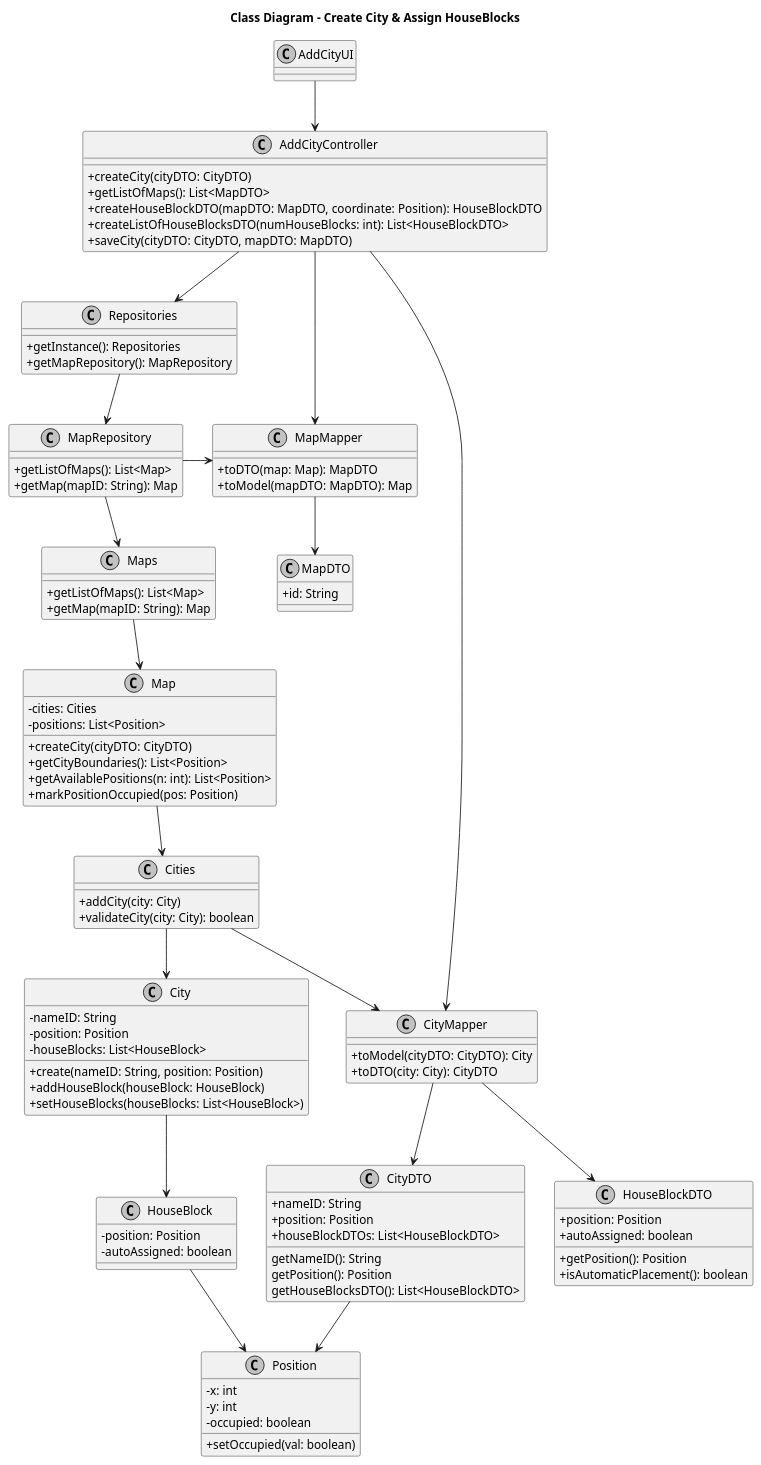
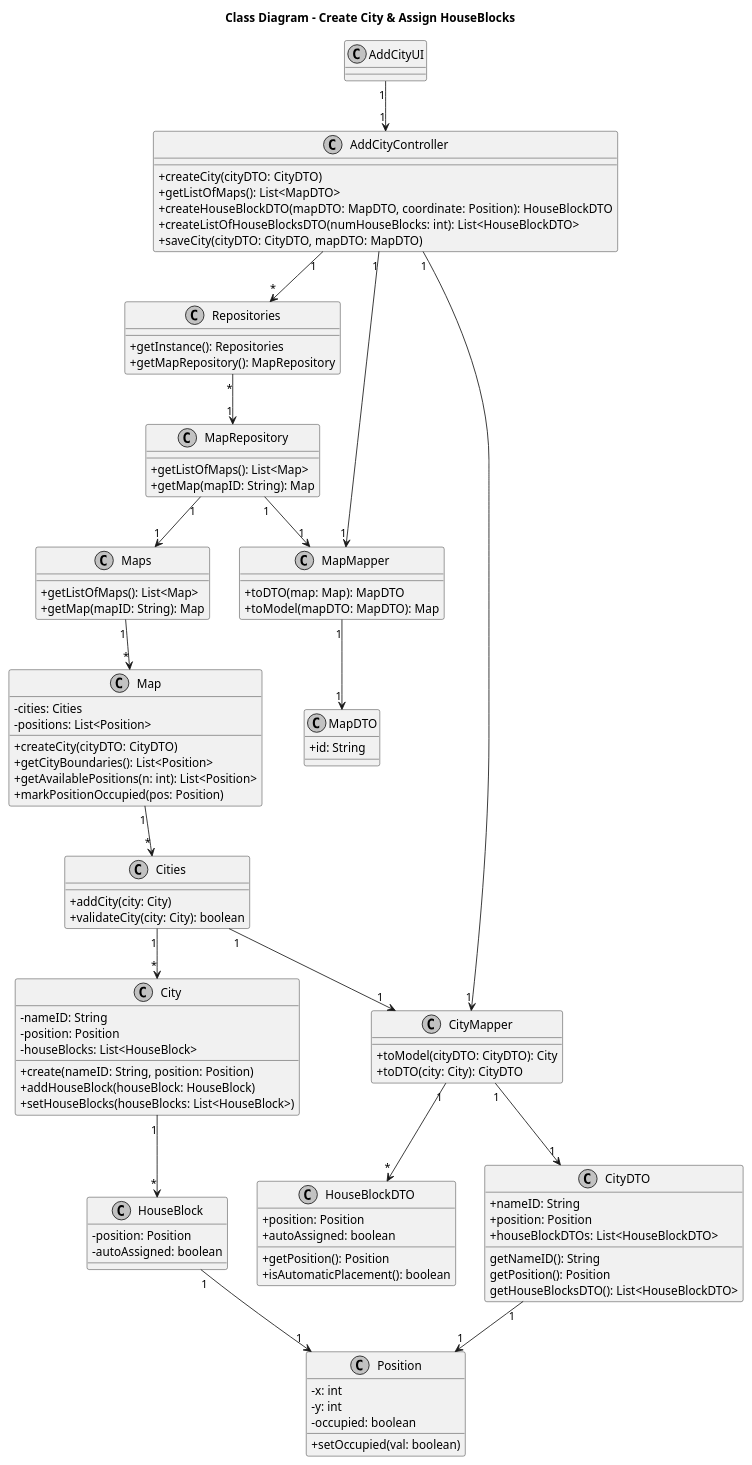
The diagram in docs/system-documentation/Sprint 3/US03/03.design/puml/US03-CD.puml (HenriqueSilva18/Railway-Network-Simulator), drawn with PlantUML before and after one commit. The commit also changed 2 other files, not shown here.

```diff
--- a/docs/system-documentation/Sprint 3/US03/03.design/puml/US03-CD.puml
+++ b/docs/system-documentation/Sprint 3/US03/03.design/puml/US03-CD.puml
@@ -1,119 +1,119 @@
 @startuml
 skinparam monochrome true
 skinparam classAttributeIconSize 0
 title Class Diagram - Create City & Assign HouseBlocks
 
 class AddCityUI {
 }
 
 class AddCityController {
     +createCity(cityDTO: CityDTO)
     +getListOfMaps(): List<MapDTO>
     +createHouseBlockDTO(mapDTO: MapDTO, coordinate: Position): HouseBlockDTO
     +createListOfHouseBlocksDTO(numHouseBlocks: int): List<HouseBlockDTO>
     +saveCity(cityDTO: CityDTO, mapDTO: MapDTO)
 }
 
 class MapRepository {
   +getListOfMaps(): List<Map>
     +getMap(mapID: String): Map
 }
 
 class Repositories {
   +getInstance(): Repositories
   +getMapRepository(): MapRepository
 }
 
 class Maps {
   +getListOfMaps(): List<Map>
   +getMap(mapID: String): Map
 }
 
 class MapMapper {
   +toDTO(map: Map): MapDTO
   +toModel(mapDTO: MapDTO): Map
 }
 
 class Map {
   -cities: Cities
   -positions: List<Position>
   +createCity(cityDTO: CityDTO)
   +getCityBoundaries(): List<Position>
   +getAvailablePositions(n: int): List<Position>
   +markPositionOccupied(pos: Position)
 }
 
 class Cities {
   +addCity(city: City)
   +validateCity(city: City): boolean
 }
 
 class City {
   -nameID: String
   -position: Position
   -houseBlocks: List<HouseBlock>
     +create(nameID: String, position: Position)
     +addHouseBlock(houseBlock: HouseBlock)
     +setHouseBlocks(houseBlocks: List<HouseBlock>)
 }
 
 class HouseBlock {
   -position: Position
   -autoAssigned: boolean
 }
 
 class HouseBlockDTO {
   +position: Position
   +autoAssigned: boolean
 
   +getPosition(): Position
     +isAutomaticPlacement(): boolean
 
 }
 
 class Position {
   -x: int
   -y: int
   -occupied: boolean
   +setOccupied(val: boolean)
 }
 
 class CityMapper {
   +toModel(cityDTO: CityDTO): City
     +toDTO(city: City): CityDTO
 }
 
 class CityDTO {
   +nameID: String
   +position: Position
     +houseBlockDTOs: List<HouseBlockDTO>
 
   getNameID(): String
     getPosition(): Position
     getHouseBlocksDTO(): List<HouseBlockDTO>
 }
 
 class MapDTO {
   +id: String
 }
 
-' RELATIONSHIPS
-AddCityUI --> AddCityController
-AddCityController --> Repositories
-AddCityController --> MapMapper
-MapMapper --> MapDTO
-MapRepository -> MapMapper
-Repositories --> MapRepository
-MapRepository --> Maps
-Maps --> Map
-Map --> Cities
-Cities --> City
-Cities --> CityMapper
-CityMapper --> CityDTO
-CityMapper --> HouseBlockDTO
-City --> HouseBlock
-HouseBlock --> Position
-CityDTO --> Position
-AddCityController --> CityMapper
+AddCityUI "1" --> "1" AddCityController
+AddCityController "1" --> "*" Repositories
+AddCityController "1" --> "1" MapMapper
+MapMapper "1" --> "1" MapDTO
+MapRepository "1" --> "1" MapMapper
+Repositories "*" --> "1" MapRepository
+MapRepository "1" --> "1" Maps
+Maps "1" --> "*" Map
+Map "1" --> "*" Cities
+Cities "1" --> "*" City
+Cities "1" --> "1" CityMapper
+CityMapper "1" --> "1" CityDTO
+CityMapper "1" --> "*" HouseBlockDTO
+City "1" --> "*" HouseBlock
+HouseBlock "1" --> "1" Position
+CityDTO "1" --> "1" Position
+AddCityController "1" --> "1" CityMapper
+
 
 @enduml
```
